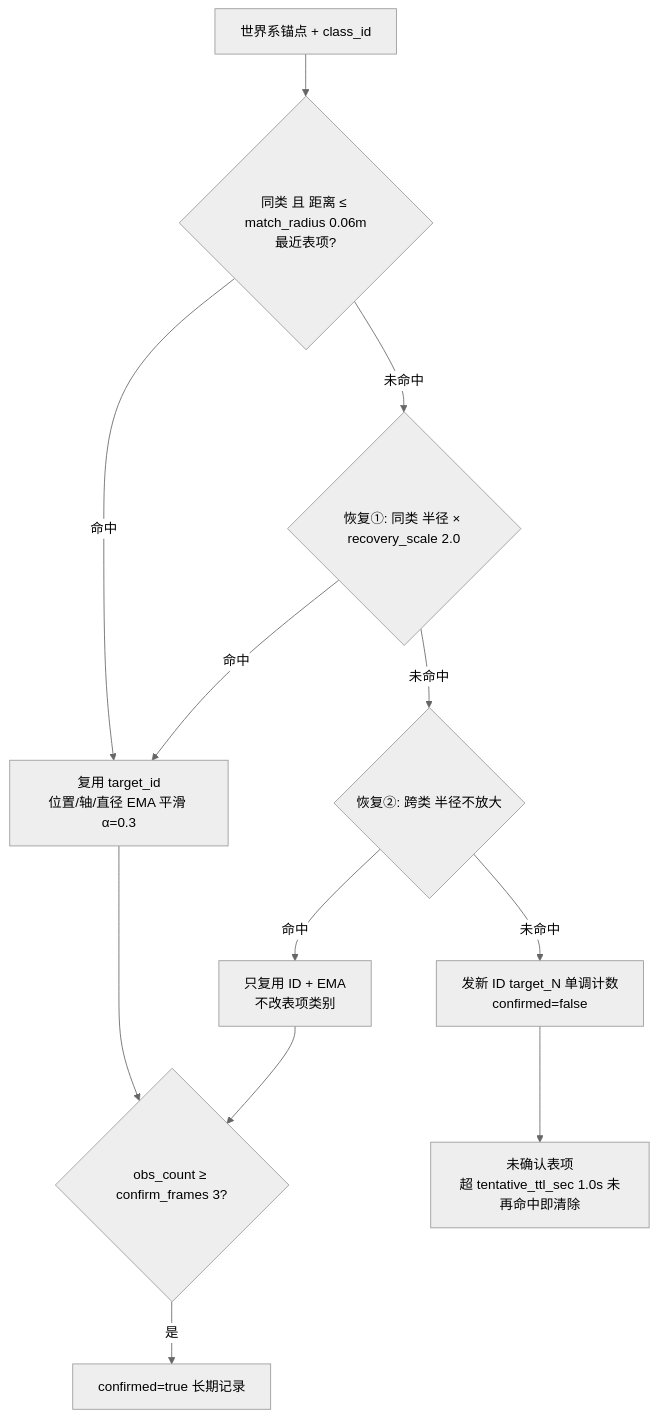
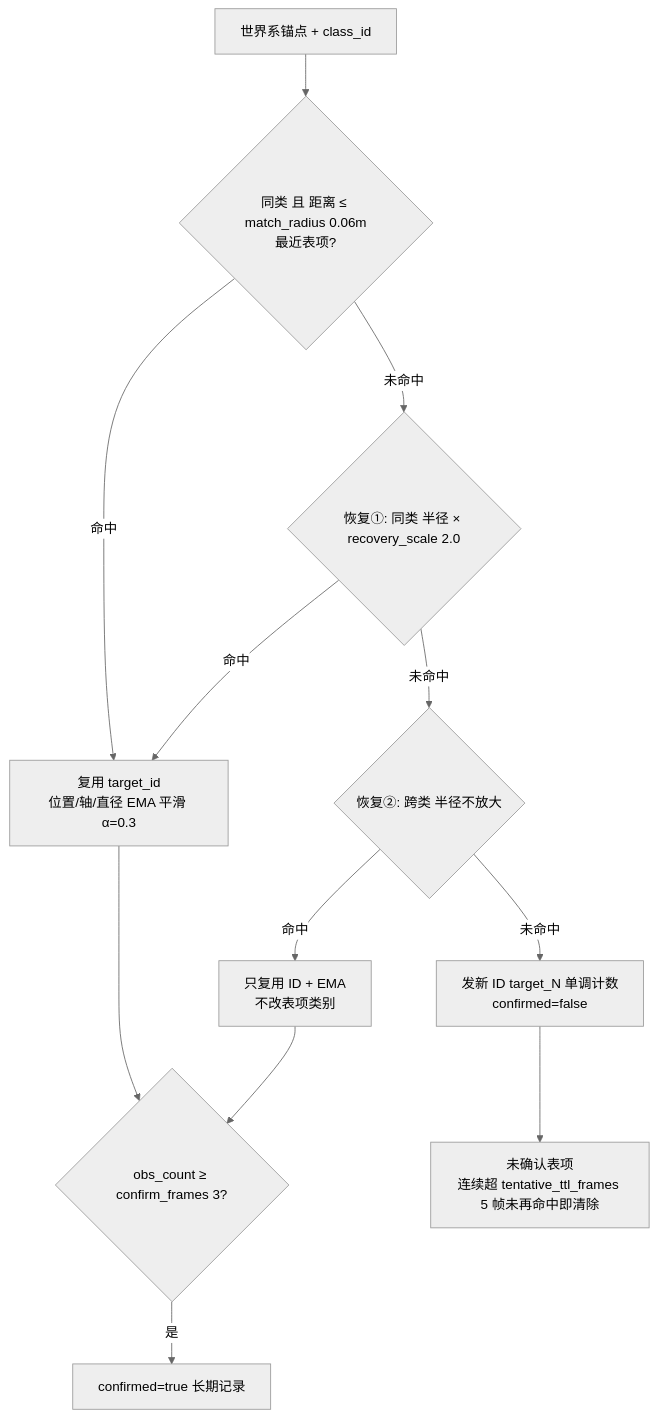
The third of 8 diagrams in docs/peach_perception_reconstruction_logic.md (MUHAN11-c/aubo_boot), drawn with Mermaid (neutral theme) before and after one commit. The commit also changed other lines of this file and 70 other files, not shown here.

````diff
--- a/docs/peach_perception_reconstruction_logic.md
+++ b/docs/peach_perception_reconstruction_logic.md
@@ -119,14 +119,14 @@
 ```mermaid
 flowchart TD
     A[世界系锚点 + class_id] --> B{同类 且 距离 ≤ match_radius 0.06m<br/>最近表项?}
     B -- 命中 --> H[复用 target_id<br/>位置/轴/直径 EMA 平滑 α=0.3]
     B -- 未命中 --> C{恢复①: 同类 半径 × recovery_scale 2.0}
     C -- 命中 --> H
     C -- 未命中 --> D{恢复②: 跨类 半径不放大}
     D -- 命中 --> H2[只复用 ID + EMA<br/>不改表项类别]
     D -- 未命中 --> E[发新 ID target_N 单调计数<br/>confirmed=false]
     H --> F{obs_count ≥ confirm_frames 3?}
-    E --> G[未确认表项<br/>超 tentative_ttl_sec 1.0s 未再命中即清除]
+    E --> G[未确认表项<br/>连续超 tentative_ttl_frames 5 帧未再命中即清除]
     F -- 是 --> OK[confirmed=true 长期记录]
     H2 --> F
 ```
````
